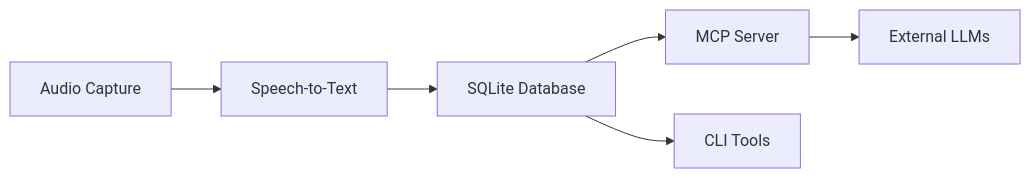
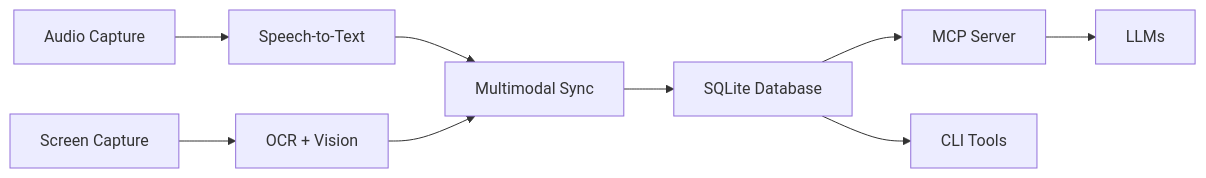
The diagram in docs/README.md (yeager620/savant-ai), drawn with Mermaid before and after one commit. The commit also changed other lines of this file and 35 other files, not shown here.

````diff
--- a/docs/README.md
+++ b/docs/README.md
@@ -18,8 +75,11 @@
 ```mermaid
 graph LR
-    Audio[Audio Capture] --> STT[Speech-to-Text] 
-    STT --> DB[SQLite Database]
+    Audio[Audio Capture] --> STT[Speech-to-Text]
+    Video[Screen Capture] --> OCR[OCR + Vision]
+    STT --> Sync[Multimodal Sync]
+    OCR --> Sync
+    Sync --> DB[SQLite Database]
     DB --> MCP[MCP Server]
-    MCP --> LLM[External LLMs]
+    MCP --> LLM[LLMs]
     DB --> CLI[CLI Tools]
 ```
````
